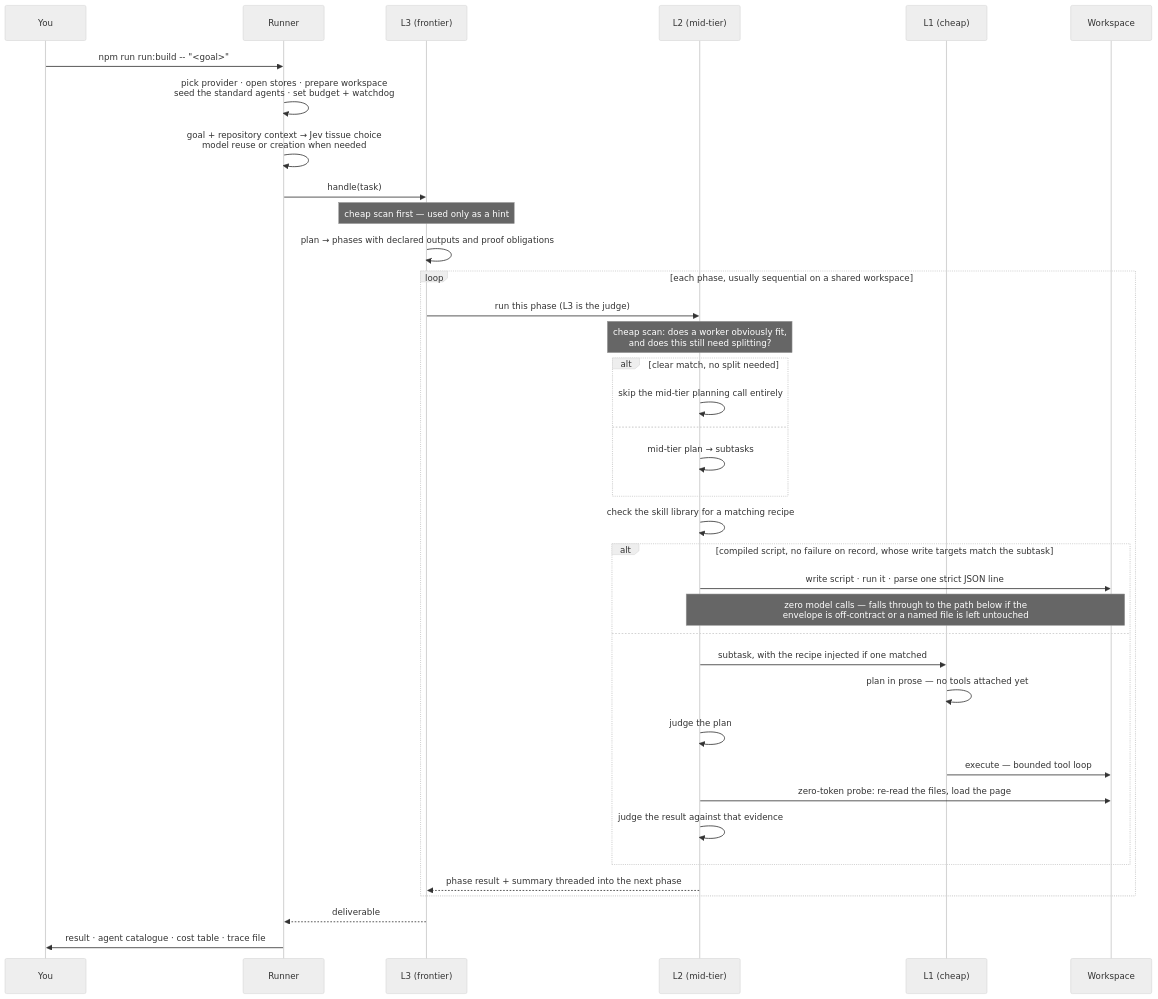
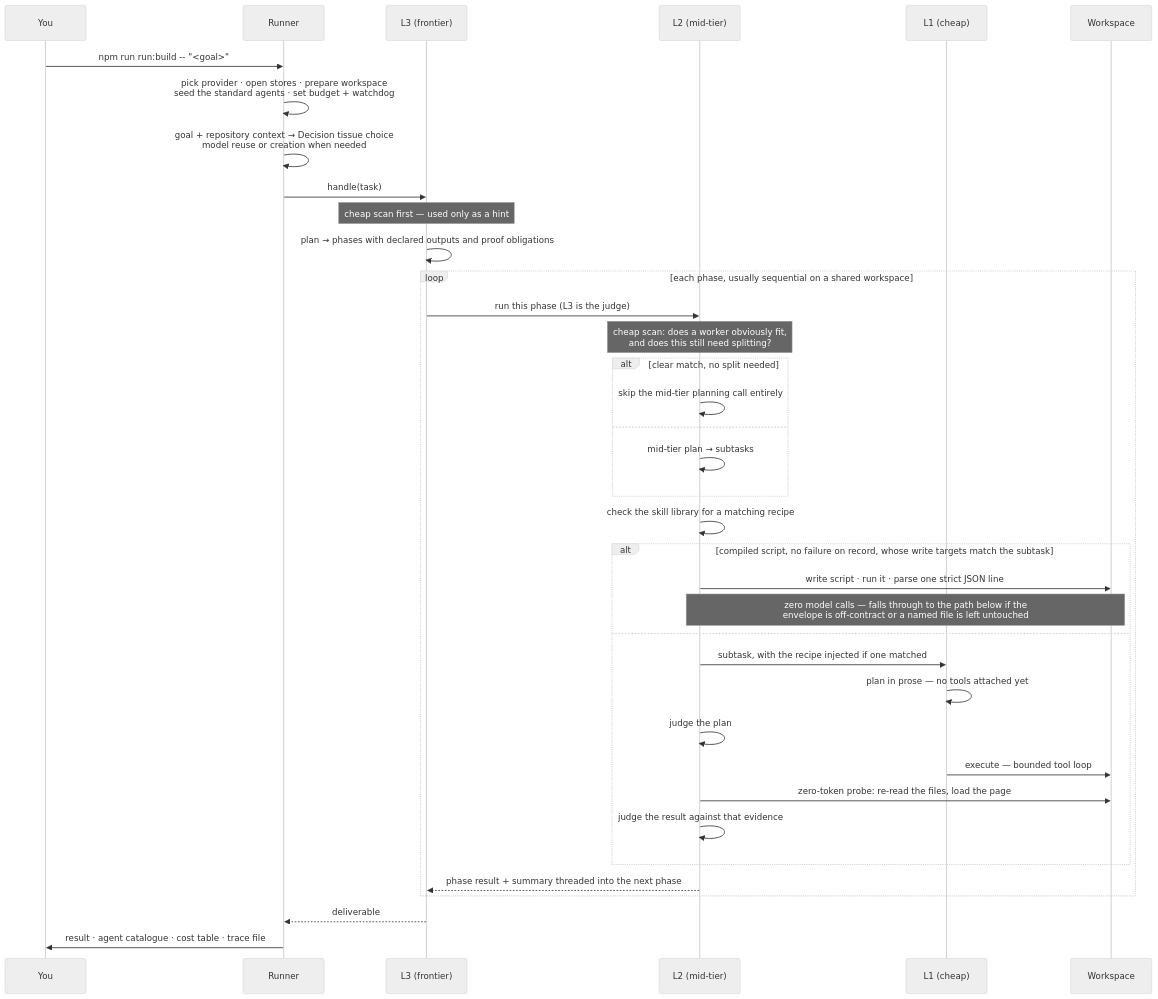
The third of 6 diagrams in docs/how-it-works.md (atoma-run/atoma), drawn with Mermaid (neutral theme) before and after one commit. The commit also changed other lines of this file and 56 other files, not shown here.

First line of the commit message:
docs: call TypeSafe's Jev model "Decision" wherever people read it

````diff
--- a/docs/how-it-works.md
+++ b/docs/how-it-works.md
@@ -251,43 +251,43 @@
 ```mermaid
 sequenceDiagram
     participant U as You
     participant R as Runner
     participant L3 as L3 (frontier)
     participant L2 as L2 (mid-tier)
     participant L1 as L1 (cheap)
     participant W as Workspace
 
     U->>R: npm run run:build -- "<goal>"
     R->>R: pick provider · open stores · prepare workspace<br/>seed the standard agents · set budget + watchdog
-    R->>R: goal + repository context → Jev tissue choice<br/>model reuse or creation when needed
+    R->>R: goal + repository context → Decision tissue choice<br/>model reuse or creation when needed
     R->>L3: handle(task)
 
     Note over L3: cheap scan first — used only as a hint
     L3->>L3: plan → phases with declared outputs and proof obligations
 
     loop each phase, usually sequential on a shared workspace
         L3->>L2: run this phase (L3 is the judge)
         Note over L2: cheap scan: does a worker obviously fit,<br/>and does this still need splitting?
         alt clear match, no split needed
             L2->>L2: skip the mid-tier planning call entirely
         else
             L2->>L2: mid-tier plan → subtasks
         end
         L2->>L2: check the skill library for a matching recipe
         alt compiled script, no failure on record, whose write targets match the subtask
             L2->>W: write script · run it · parse one strict JSON line
             Note over L2,W: zero model calls — falls through to the path below if the<br/>envelope is off-contract or a named file is left untouched
         else
             L2->>L1: subtask, with the recipe injected if one matched
             L1->>L1: plan in prose — no tools attached yet
             L2->>L2: judge the plan
             L1->>W: execute — bounded tool loop
             L2->>W: zero-token probe: re-read the files, load the page
             L2->>L2: judge the result against that evidence
         end
         L2-->>L3: phase result + summary threaded into the next phase
     end
 
     L3-->>R: deliverable
     R->>U: result · agent catalogue · cost table · trace file
 ```
````
